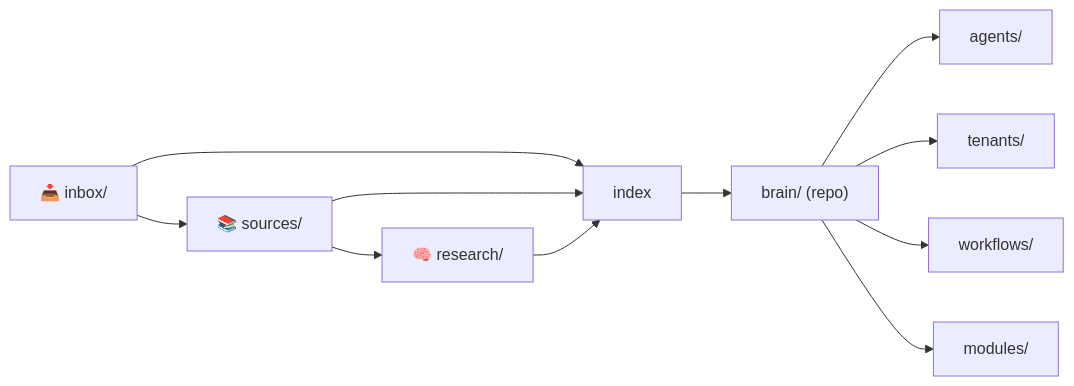
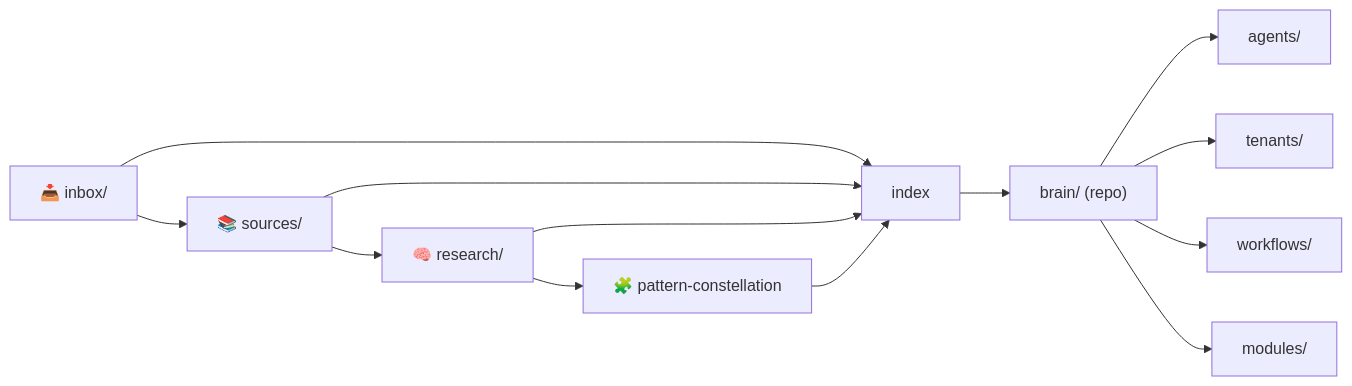
One commit to cloudsysops/opsly changed the diagram in docs/obsidian/index.md. Above: the diagram before and after it, drawn with Mermaid. The commit also changed other lines of this file and 27 other files, not shown here.

````diff
--- a/docs/obsidian/index.md
+++ b/docs/obsidian/index.md
@@ -24,13 +24,15 @@
 ```mermaid
 flowchart LR
   Inbox["📥 inbox/"] --> Sources["📚 sources/"]
   Sources --> Research["🧠 research/"]
+  Research --> Constellation["🧩 pattern-constellation"]
   Inbox --> Index["index"]
   Sources --> Index
   Research --> Index
+  Constellation --> Index
   Index --> Brain["brain/ (repo)"]
   Brain --> Agents["agents/"]
   Brain --> Tenants["tenants/"]
   Brain --> Workflows["workflows/"]
   Brain --> Modules["modules/"]
 ```
````
